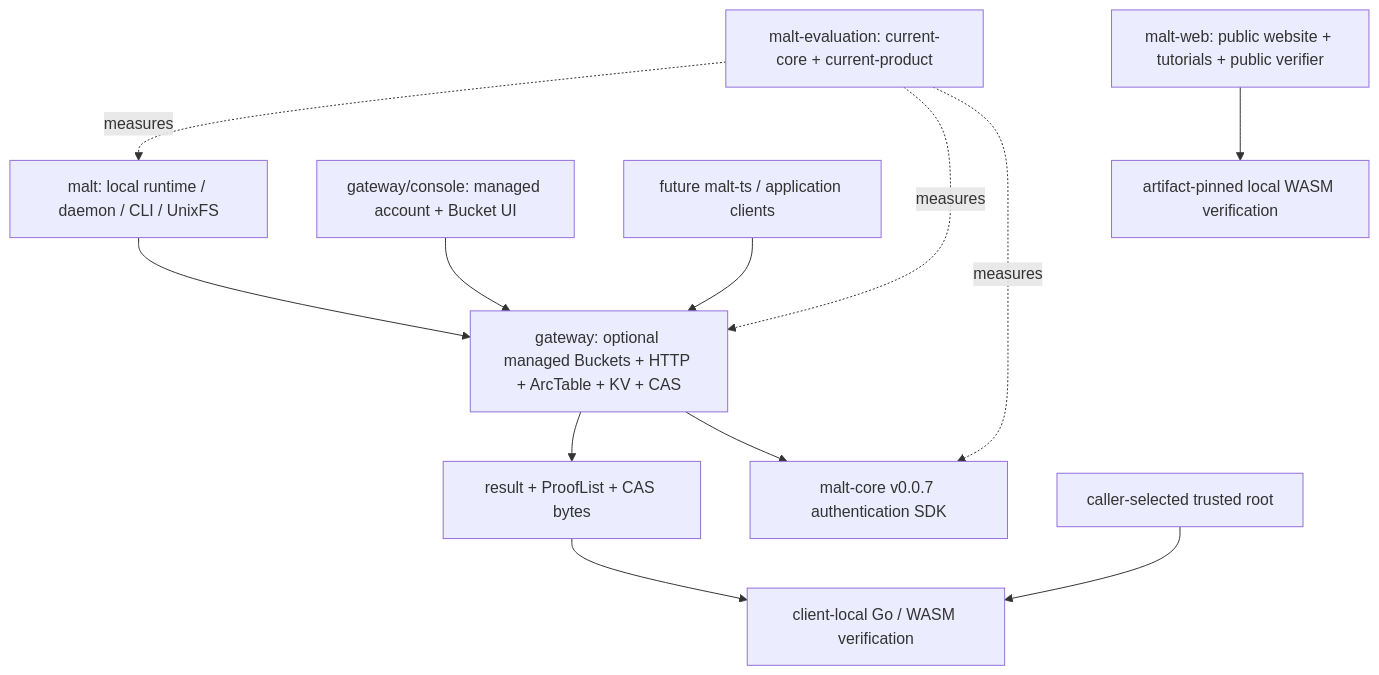
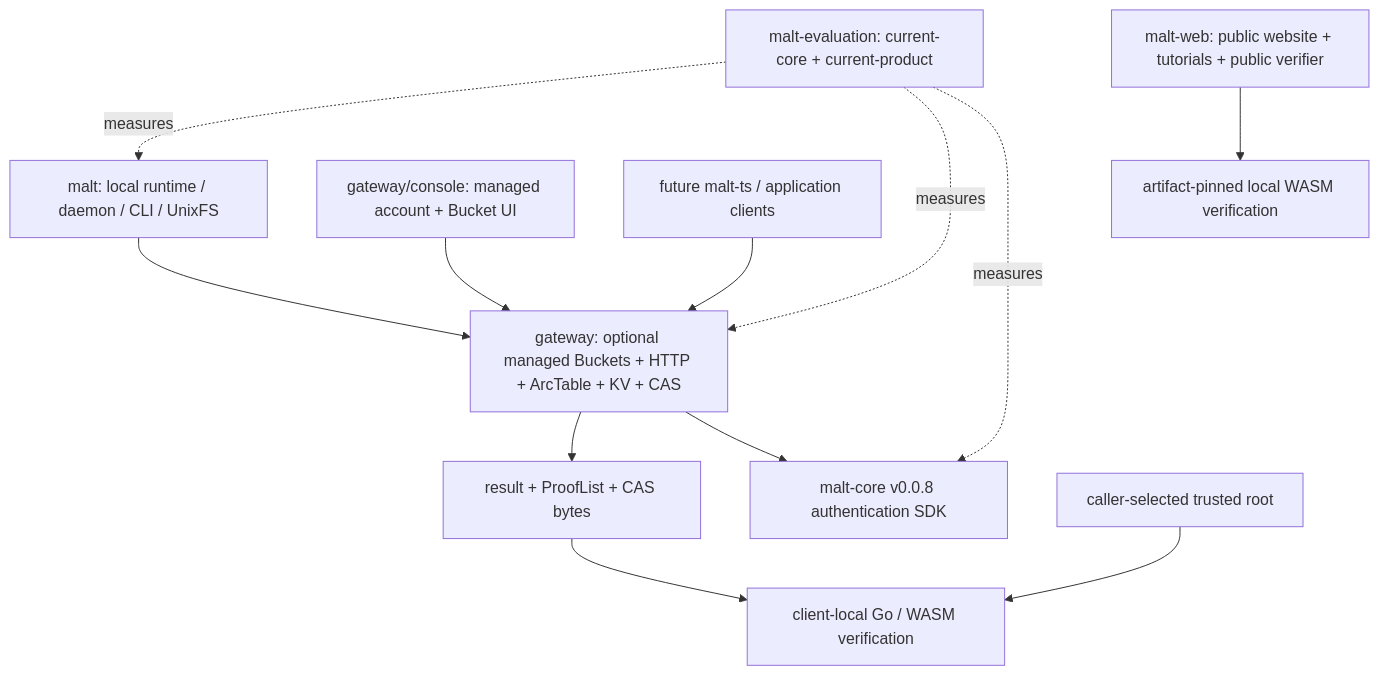
One commit to DeWebProtocol/.github changed the diagram in profile/README.md. Above: the diagram before and after it, drawn with Mermaid. The commit also changed other lines of this file and 1 other file, not shown here.

Commit message:
docs: align current MALT architecture

````diff
--- a/profile/README.md
+++ b/profile/README.md
@@ -38,14 +38,14 @@
 ```mermaid
 flowchart TB
   native["malt: local runtime / daemon / CLI / UnixFS"] --> gateway["gateway: optional managed Buckets + HTTP + ArcTable + KV + CAS"]
   console["gateway/console: managed account + Bucket UI"] --> gateway
   future["future malt-ts / application clients"] --> gateway
-  gateway --> core["malt-core v0.0.7 authentication SDK"]
+  gateway --> core["malt-core v0.0.8 authentication SDK"]
   gateway --> result["result + ProofList + CAS bytes"]
   result --> local["client-local Go / WASM verification"]
   trusted["caller-selected trusted root"] --> local
   web["malt-web: public website + tutorials + public verifier"] --> publicverify["artifact-pinned local WASM verification"]
   evaluation["malt-evaluation: current-core + current-product"] -. measures .-> core
   evaluation -. measures .-> gateway
   evaluation -. measures .-> native
 ```
````
